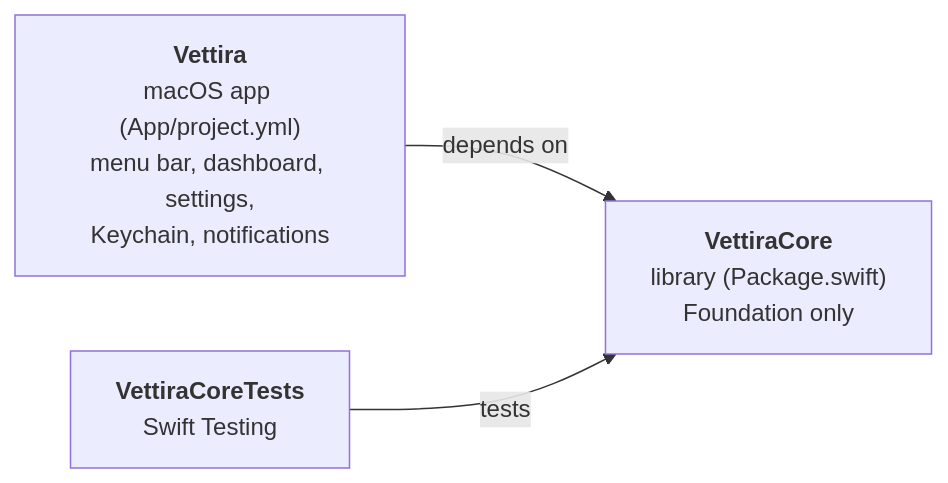
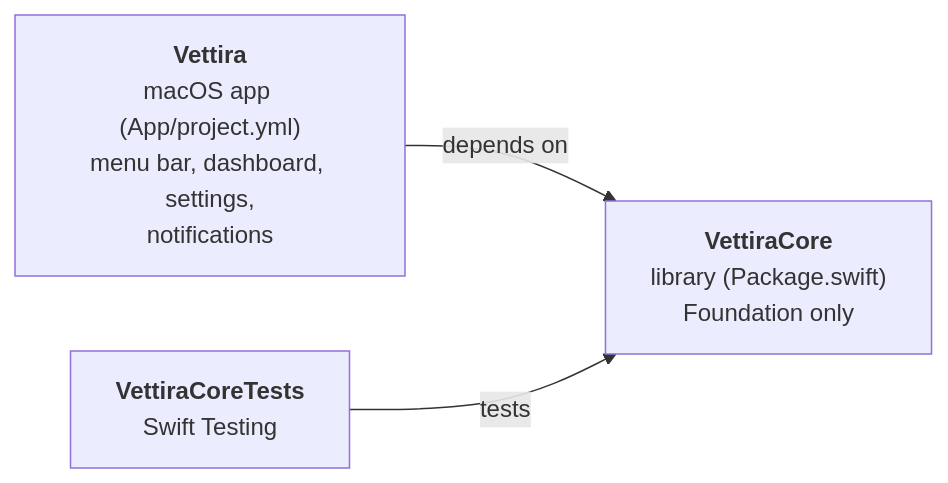
Before and after one commit to nikpietanze/vettira: the first of 2 diagrams in docs/architecture.md, drawn with Mermaid. The commit also changed other lines of this file and 1 other file, not shown here.

````diff
--- a/docs/architecture.md
+++ b/docs/architecture.md
@@ -12,8 +11,8 @@
 ```mermaid
 flowchart LR
-    app["<b>Vettira</b><br/>macOS app (App/project.yml)<br/>menu bar, dashboard, settings,<br/>Keychain, notifications"]
+    app["<b>Vettira</b><br/>macOS app (App/project.yml)<br/>menu bar, dashboard, settings,<br/>notifications"]
     core["<b>VettiraCore</b><br/>library (Package.swift)<br/>Foundation only"]
     tests["<b>VettiraCoreTests</b><br/>Swift Testing"]
     app -- depends on --> core
     tests -- tests --> core
 ```
````
